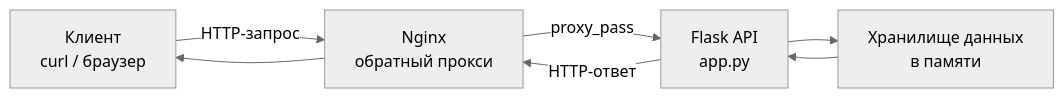
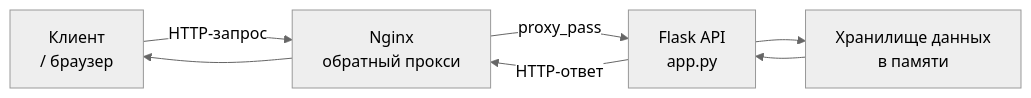
Before and after one commit to ChumakovOA/distributed-systems: the diagram in lab_02/lab_02.md, drawn with Mermaid (neutral theme).

````diff
--- a/lab_02/lab_02.md
+++ b/lab_02/lab_02.md
@@ -22,14 +22,14 @@
 ```mermaid
 flowchart LR
-    Client[Клиент<br>curl / браузер]
+    Client[Клиент<br> / браузер]
     Nginx[Nginx<br>обратный прокси]
     Flask[Flask API<br>app.py]
     Data[Хранилище данных<br>в памяти]
 
     Client -->|HTTP-запрос| Nginx
     Nginx -->|proxy_pass| Flask
     Flask --> Data
     Data --> Flask
     Flask -->|HTTP-ответ| Nginx
     Nginx --> Client
 ```
````
